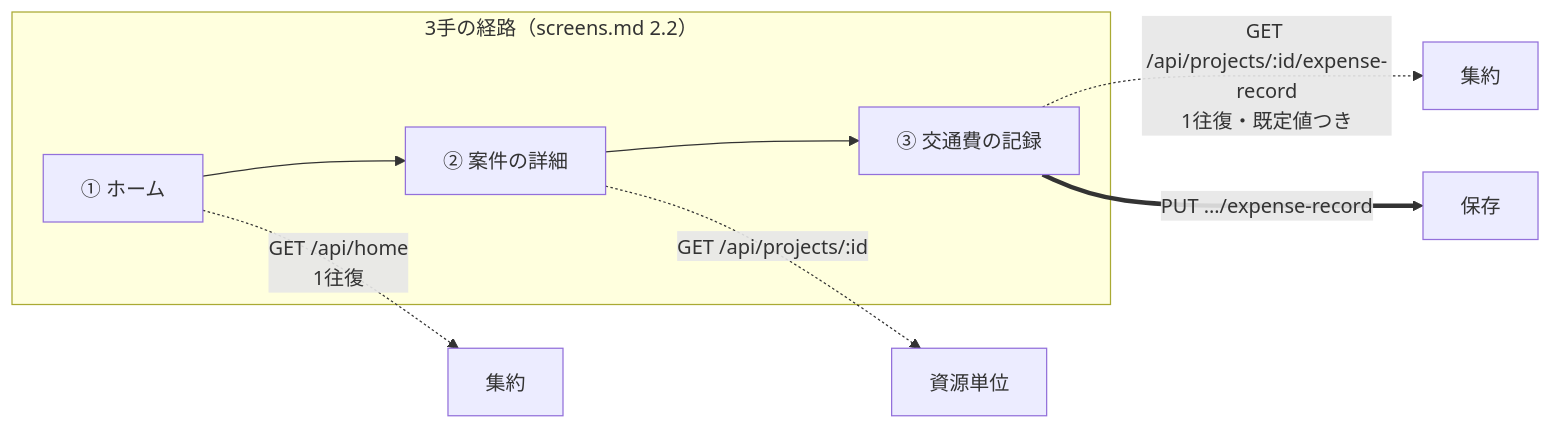
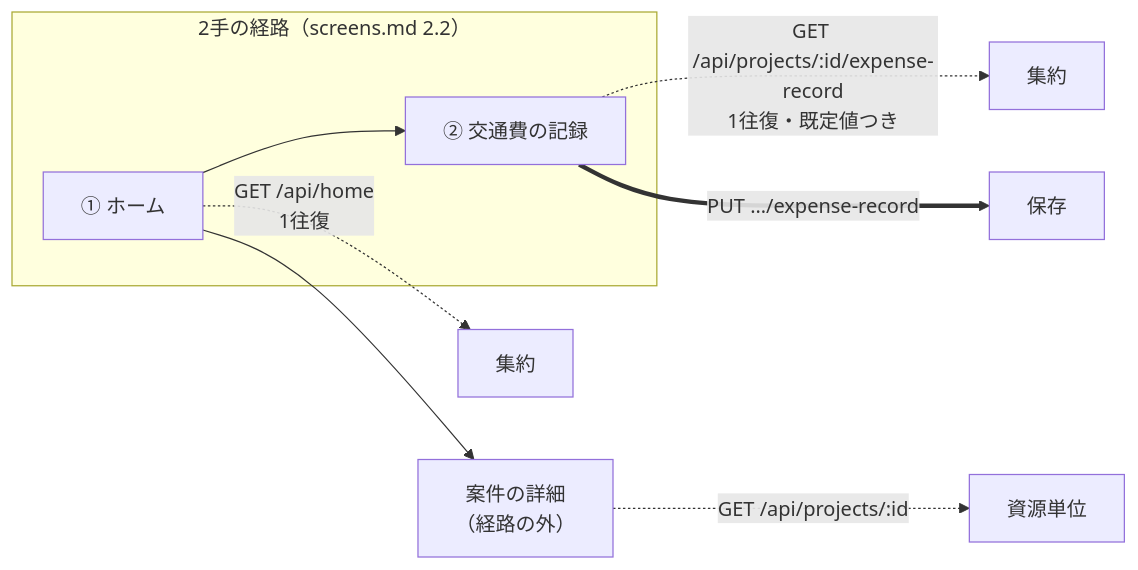
One commit to tk-media-code/expense-claim changed the first of 2 diagrams in docs/design/api.md. Above: the diagram before and after it, drawn with Mermaid. The commit also changed other lines of this file and 4 other files, not shown here.

````diff
--- a/docs/design/api.md
+++ b/docs/design/api.md
@@ -199,12 +199,15 @@
 ```mermaid
 flowchart LR
-    subgraph path["3手の経路（screens.md 2.2）"]
-        h["① ホーム"] --> d["② 案件の詳細"] --> r["③ 交通費の記録"]
+    subgraph path["2手の経路（screens.md 2.2）"]
+        h["① ホーム"] --> r["② 交通費の記録"]
     end
 
+    d["案件の詳細<br/>（経路の外）"]
+
     h -.->|"GET /api/home<br/>1往復"| api1["集約"]
+    h --> d
     d -.->|"GET /api/projects/:id"| api2["資源単位"]
     r -.->|"GET /api/projects/:id/expense-record<br/>1往復・既定値つき"| api3["集約"]
 
     r ==>|"PUT …/expense-record"| save["保存"]
 ```
````
